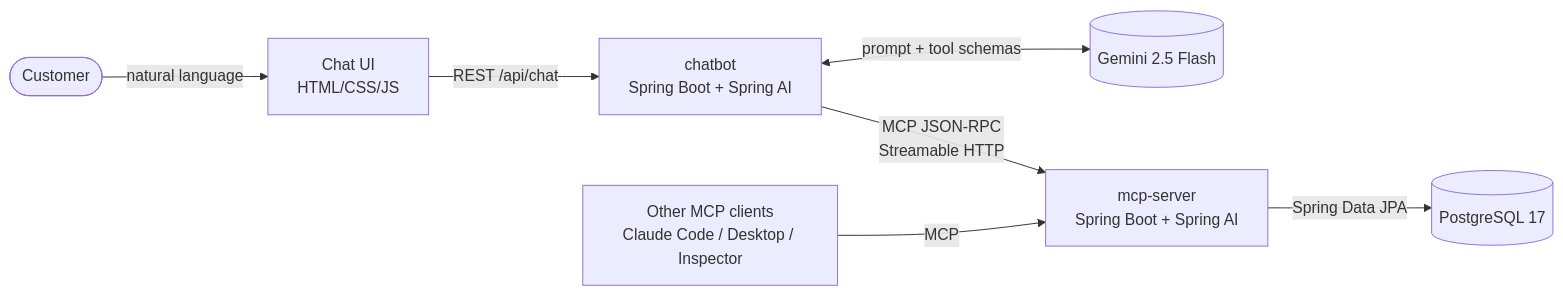
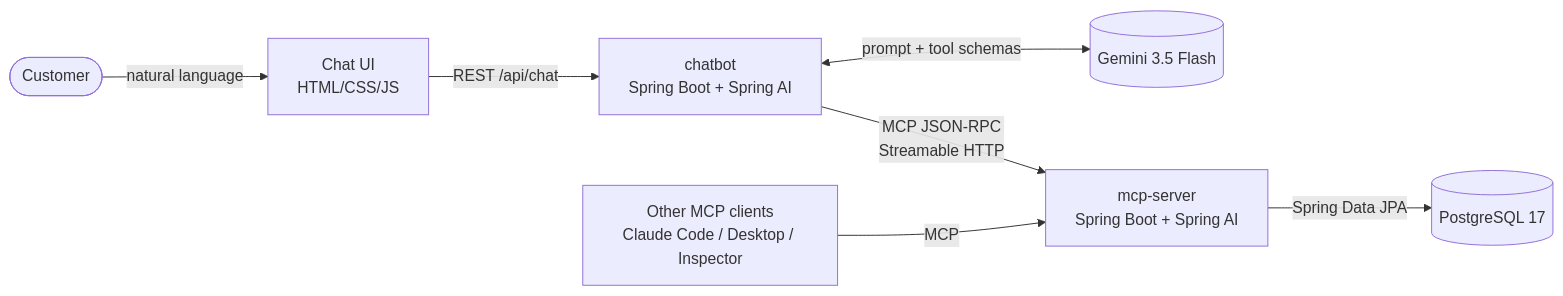
One commit to isaacmgz/lab3-mcp-supermarket changed the diagram in README.md. Above: the diagram before and after it, drawn with Mermaid. The commit also changed other lines of this file, not shown here.

Commit message:
docs: document model selection, quota limits and tool error handling

````diff
--- a/README.md
+++ b/README.md
@@ -9,9 +9,9 @@
 ```mermaid
 flowchart LR
     user([Customer]) -->|natural language| ui[Chat UI<br/>HTML/CSS/JS]
     ui -->|REST /api/chat| bot[chatbot<br/>Spring Boot + Spring AI]
-    bot <-->|prompt + tool schemas| llm[(Gemini 2.5 Flash)]
+    bot <-->|prompt + tool schemas| llm[(Gemini 3.5 Flash)]
     bot -->|MCP JSON-RPC<br/>Streamable HTTP| mcp[mcp-server<br/>Spring Boot + Spring AI]
     other[Other MCP clients<br/>Claude Code / Desktop / Inspector] -->|MCP| mcp
     mcp -->|Spring Data JPA| db[(PostgreSQL 17)]
 ```
````
